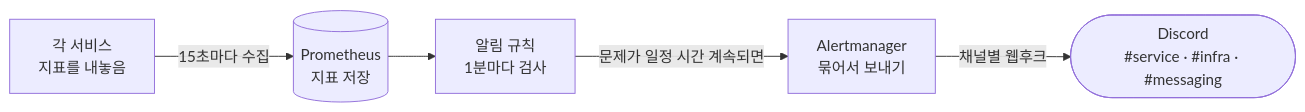
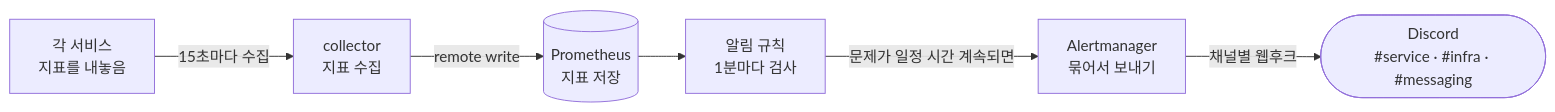
The first of 2 diagrams in .docs/spec/008-discord-alert-spec.md (rivertw777/ModuDrive-API), drawn with Mermaid before and after one commit. The commit also changed other lines of this file and 8 other files, not shown here.

````diff
--- a/.docs/spec/008-discord-alert-spec.md
+++ b/.docs/spec/008-discord-alert-spec.md
@@ -44,13 +44,15 @@
 ```mermaid
 flowchart LR
     M["각 서비스<br/>지표를 내놓음"]
+    C["collector<br/>지표 수집"]
     P[("Prometheus<br/>지표 저장")]
     R["알림 규칙<br/>1분마다 검사"]
     A["Alertmanager<br/>묶어서 보내기"]
     D(["Discord<br/>#service · #infra · #messaging"])
 
-    M -- "15초마다 수집" --> P
+    M -- "15초마다 수집" --> C
+    C -- "remote write" --> P
     P --> R
     R -- "문제가 일정 시간 계속되면" --> A
     A -- "채널별 웹후크" --> D
 ```
````
